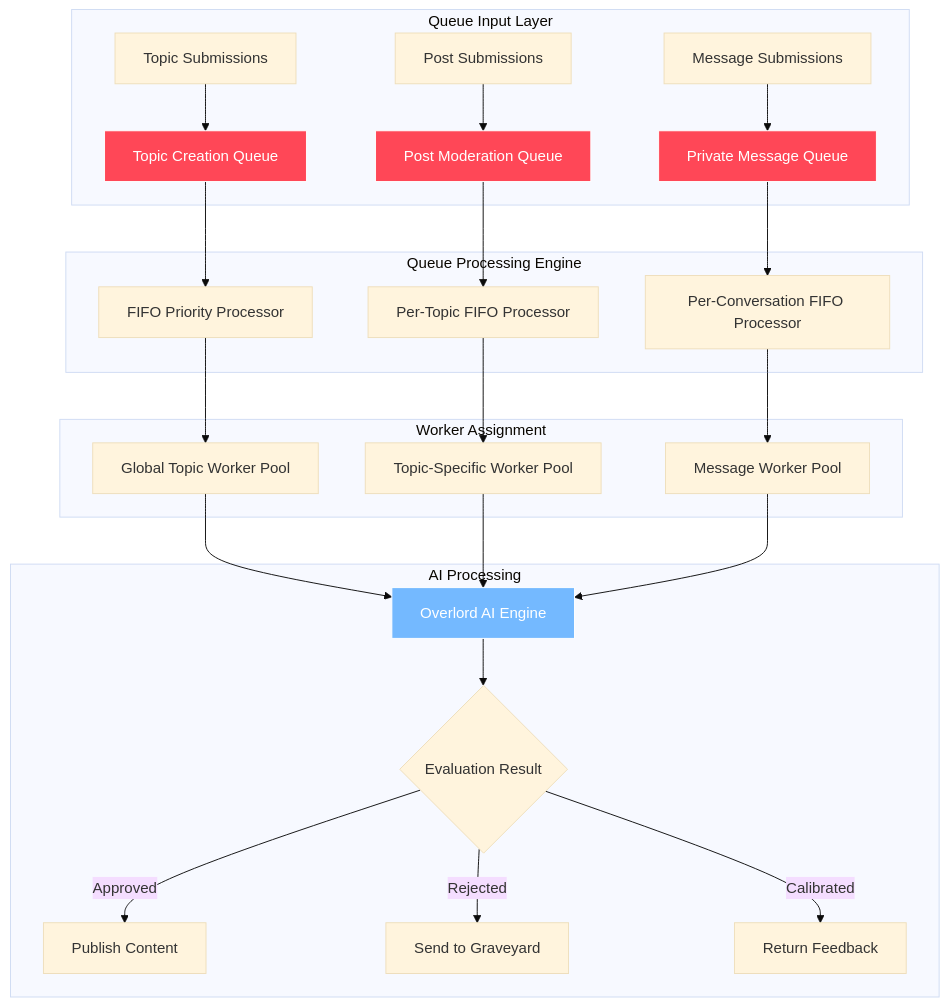
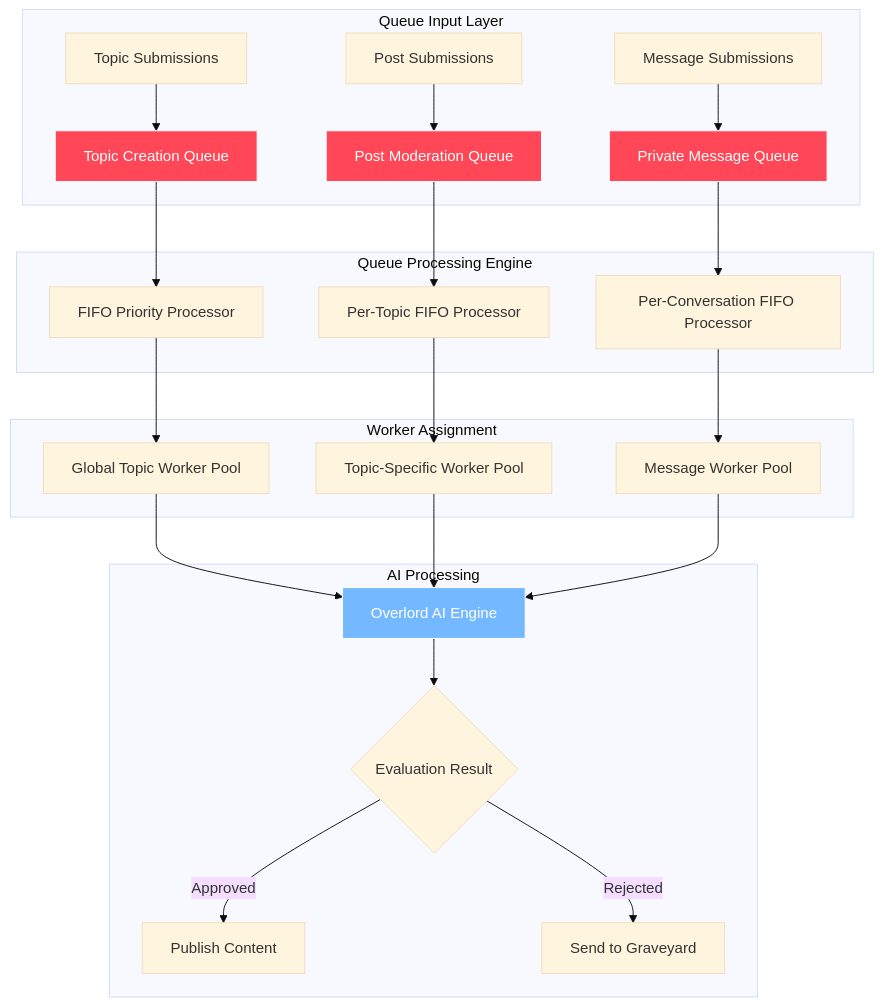
The first of 3 diagrams in docs/technical-design/12-queue-management.md (joshSzep/therobotoverlord-mono), drawn with Mermaid (base theme) before and after one commit. The commit also changed 12 other files, not shown here.

````diff
--- a/docs/technical-design/12-queue-management.md
+++ b/docs/technical-design/12-queue-management.md
@@ -5,35 +5,34 @@
 ```mermaid
 graph TB
     subgraph "Queue Input Layer"
         A[Topic Submissions] --> D[Topic Creation Queue]
         B[Post Submissions] --> E[Post Moderation Queue]
         C[Message Submissions] --> F[Private Message Queue]
     end
     
     subgraph "Queue Processing Engine"
         D --> G[FIFO Priority Processor]
         E --> H[Per-Topic FIFO Processor]
         F --> I[Per-Conversation FIFO Processor]
     end
     
     subgraph "Worker Assignment"
         G --> J[Global Topic Worker Pool]
         H --> K[Topic-Specific Worker Pool]
         I --> L[Message Worker Pool]
     end
     
     subgraph "AI Processing"
         J --> M[Overlord AI Engine]
         K --> M
         L --> M
         M --> N{Evaluation Result}
         N -->|Approved| O[Publish Content]
         N -->|Rejected| P[Send to Graveyard]
-        N -->|Calibrated| Q[Return Feedback]
     end
     
     style D fill:#ff4757,stroke:#fff,color:#fff
     style E fill:#ff4757,stroke:#fff,color:#fff
     style F fill:#ff4757,stroke:#fff,color:#fff
     style M fill:#74b9ff,stroke:#fff,color:#fff
 ```
````
